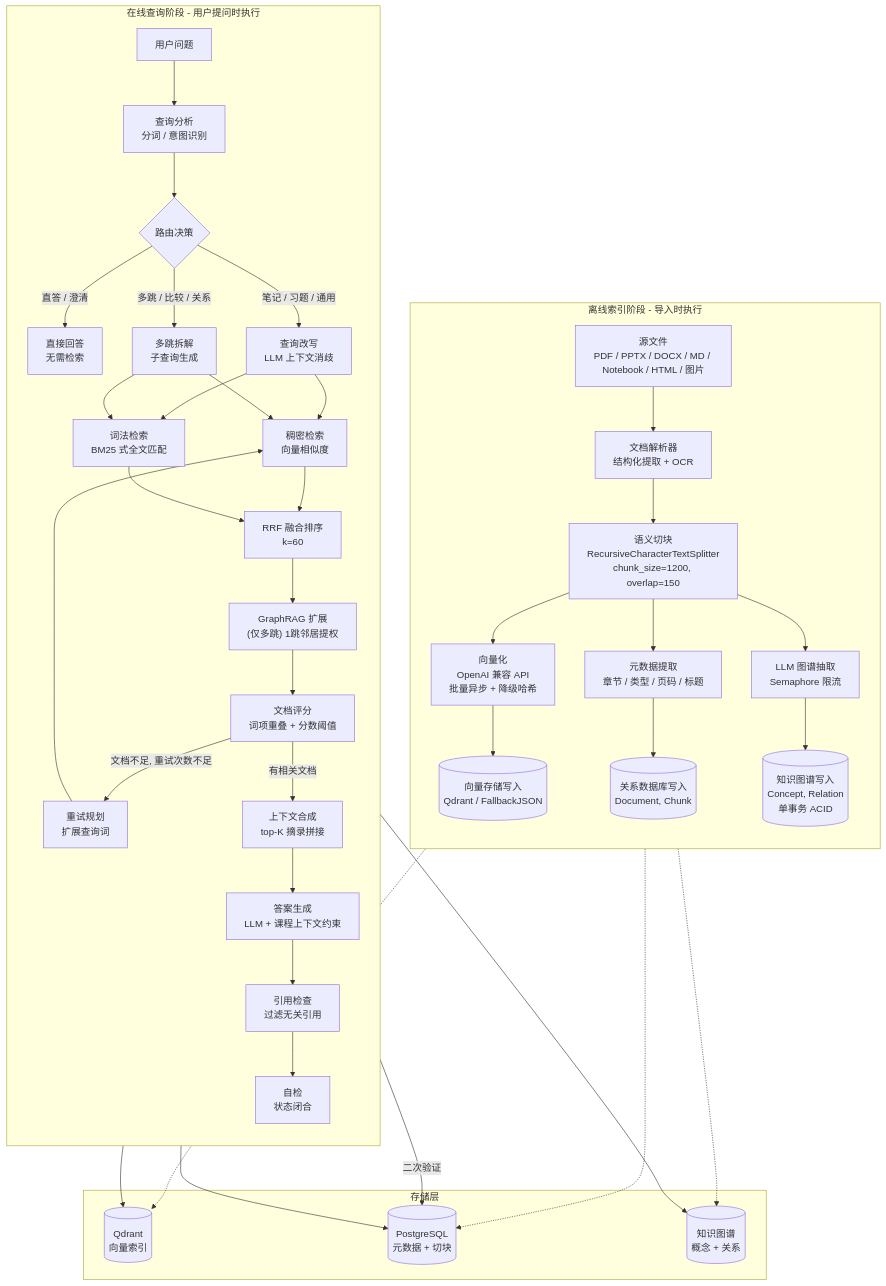
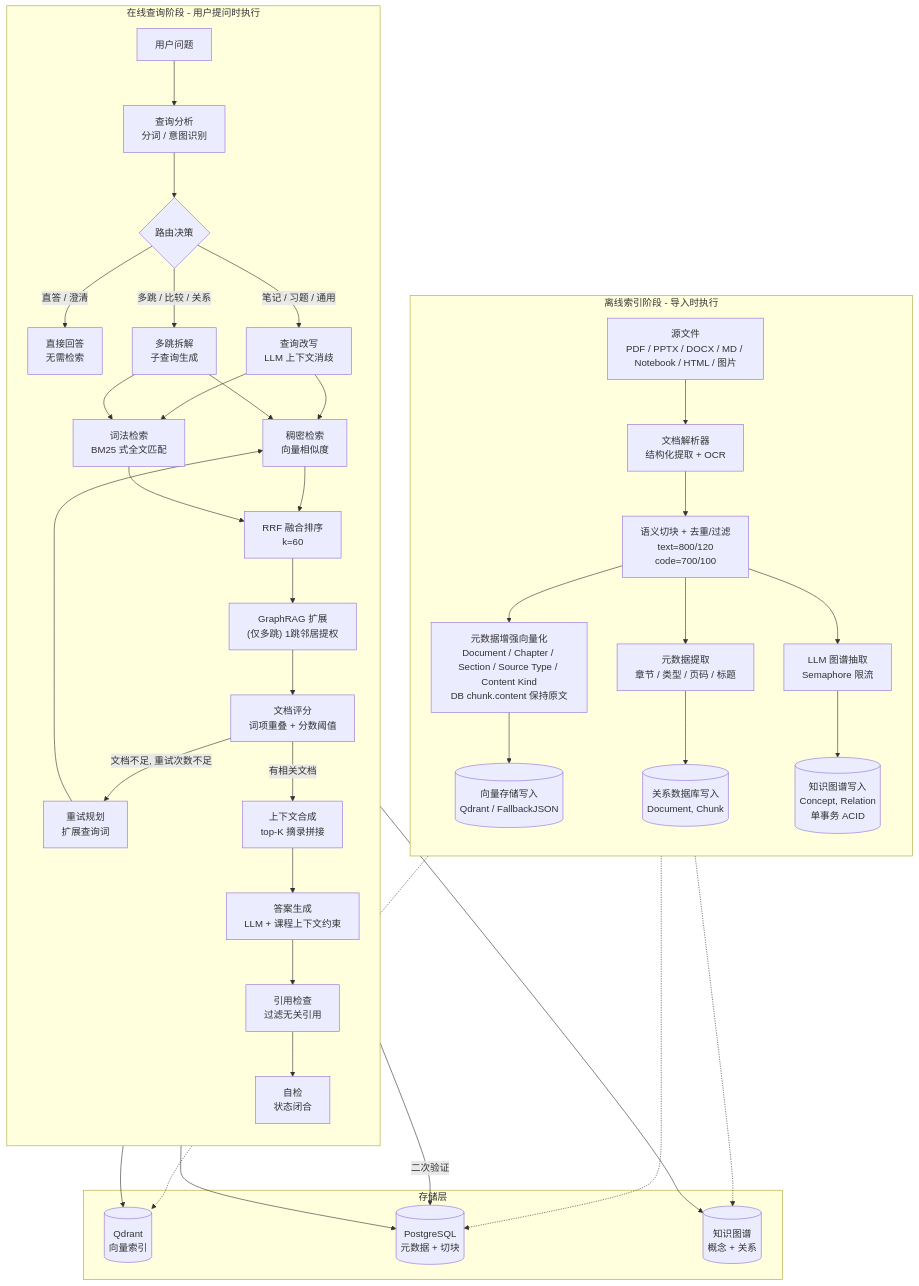
Before and after one commit to Sggggt/DialoGraph: the fourth of 6 diagrams in README.md, drawn with Mermaid. The commit also changed other lines of this file and 1 other file, not shown here.

````diff
--- a/README.md
+++ b/README.md
@@ -382,52 +382,52 @@
 ```mermaid
 flowchart TB
     subgraph IDX["离线索引阶段 - 导入时执行"]
         direction TB
         SRC["源文件<br/>PDF / PPTX / DOCX / MD / Notebook / HTML / 图片"]
         SRC --> PARSE["文档解析器<br/>结构化提取 + OCR"]
-        PARSE --> CHUNK["语义切块<br/>RecursiveCharacterTextSplitter<br/>chunk_size=1200, overlap=150"]
-        CHUNK --> EMB["向量化<br/>OpenAI 兼容 API<br/>批量异步 + 降级哈希"]
+        PARSE --> CHUNK["语义切块 + 去重/过滤<br/>text=800/120<br/>code=700/100"]
+        CHUNK --> EMB["元数据增强向量化<br/>Document / Chapter / Section / Source Type / Content Kind<br/>DB chunk.content 保持原文"]
         CHUNK --> META["元数据提取<br/>章节 / 类型 / 页码 / 标题"]
         EMB --> VEC_W[("向量存储写入<br/>Qdrant / FallbackJSON")]
         META --> DB_W[("关系数据库写入<br/>Document, Chunk")]
         CHUNK --> LLM_G["LLM 图谱抽取<br/>Semaphore 限流"]
         LLM_G --> GRAPH_W[("知识图谱写入<br/>Concept, Relation<br/>单事务 ACID")]
     end
 
     subgraph QRY["在线查询阶段 - 用户提问时执行"]
         direction TB
         Q["用户问题"] --> QA["查询分析<br/>分词 / 意图识别"]
         QA --> ROUTE{"路由决策"}
         ROUTE -->|直答 / 澄清| DIRECT["直接回答<br/>无需检索"]
         ROUTE -->|笔记 / 习题 / 通用| REWRITE["查询改写<br/>LLM 上下文消歧"]
         ROUTE -->|多跳 / 比较 / 关系| MULTI_HOP["多跳拆解<br/>子查询生成"]
         REWRITE --> DENSE["稠密检索<br/>向量相似度"]
         REWRITE --> LEX["词法检索<br/>BM25 式全文匹配"]
         MULTI_HOP --> DENSE
         MULTI_HOP --> LEX
         DENSE --> RRF["RRF 融合排序<br/>k=60"]
         LEX --> RRF
         RRF --> GRAPH_EXT["GraphRAG 扩展<br/>(仅多跳) 1跳邻居提权"]
         GRAPH_EXT --> GRADE["文档评分<br/>词项重叠 + 分数阈值"]
         GRADE -->|文档不足, 重试次数不足| RETRY["重试规划<br/>扩展查询词"]
         RETRY --> DENSE
         GRADE -->|有相关文档| CTX["上下文合成<br/>top-K 摘录拼接"]
         CTX --> GEN["答案生成<br/>LLM + 课程上下文约束"]
         GEN --> CITE["引用检查<br/>过滤无关引用"]
         CITE --> SELF["自检<br/>状态闭合"]
     end
 
     subgraph STR["存储层"]
         VEC[("Qdrant<br/>向量索引")]
         DB[("PostgreSQL<br/>元数据 + 切块")]
         KG[("知识图谱<br/>概念 + 关系")]
     end
 
     VEC_W -.-> VEC
     DB_W -.-> DB
     GRAPH_W -.-> KG
     DENSE --> VEC
     LEX --> DB
     GRAPH_EXT --> KG
     GRADE -->|二次验证| DB
 ```
````
